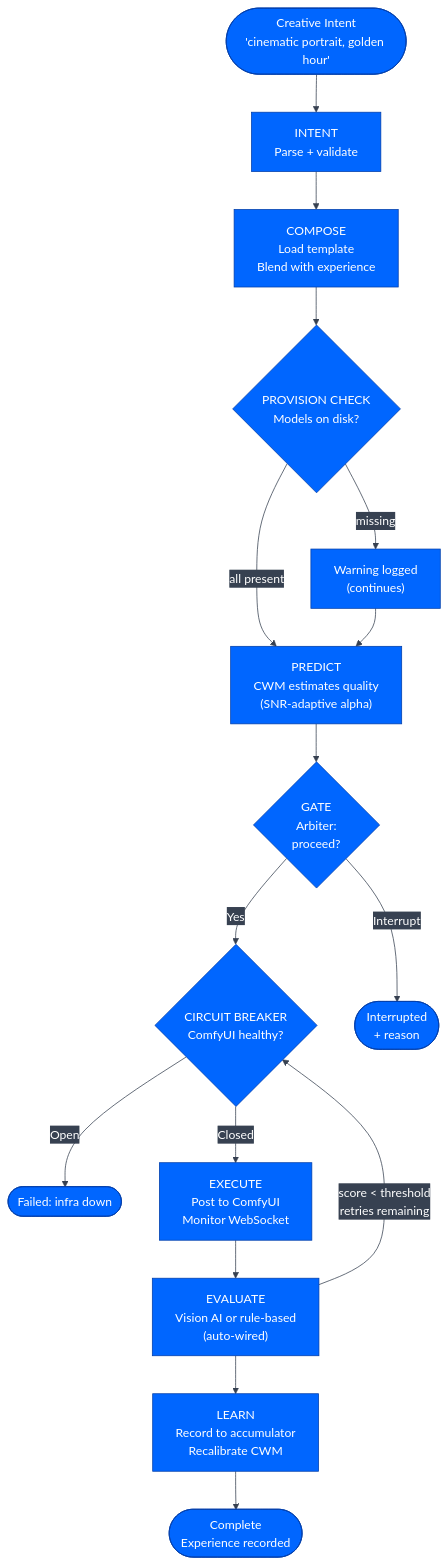
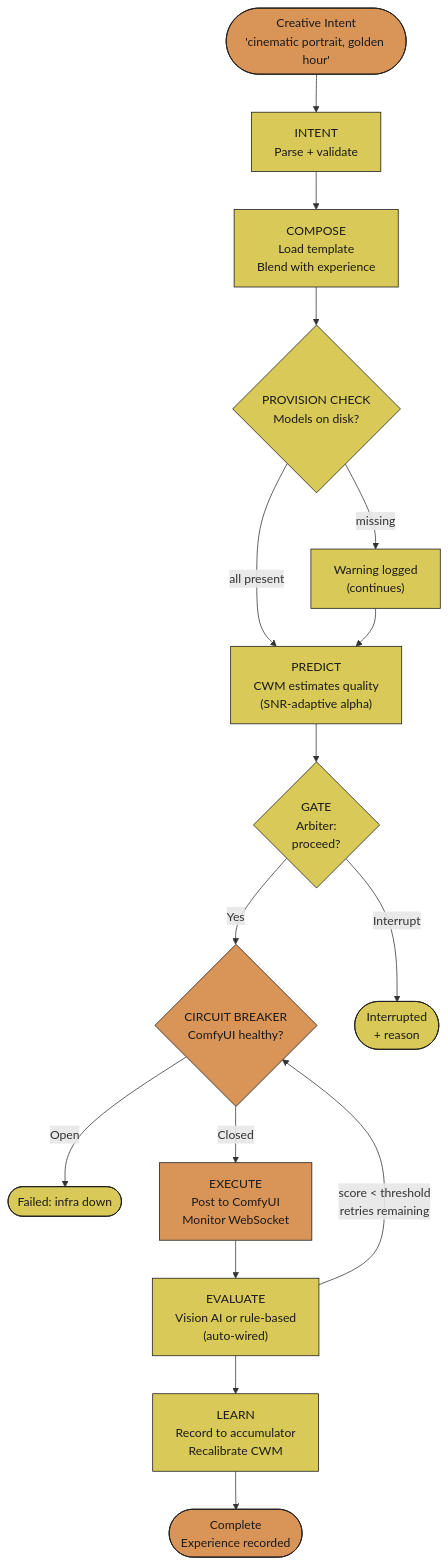
One commit to JosephOIbrahim/Comfy-Cozy changed the tenth of 27 diagrams in README.md. Above: the diagram before and after it, drawn with Mermaid. The commit also changed other lines of this file and 38 other files, not shown here.

````diff
--- a/README.md
+++ b/README.md
@@ -478,19 +584,23 @@
 ```mermaid
-%%{init: {'theme':'base','themeVariables': {'primaryColor':'#0066FF','primaryTextColor':'#ffffff','primaryBorderColor':'#003eaa','lineColor':'#374151','secondaryColor':'#374151','tertiaryColor':'#1f2937','fontFamily':'monospace'}}}%%
 flowchart TD
     You(["Creative Intent<br/>'cinematic portrait, golden hour'"]) --> INTENT["INTENT<br/>Parse + validate"]
     INTENT --> COMPOSE["COMPOSE<br/>Load template<br/>Blend with experience"]
     COMPOSE --> PROVISION{"PROVISION CHECK<br/>Models on disk?"}
     PROVISION -->|"missing"| WARN["Warning logged<br/>(continues)"]
     PROVISION -->|"all present"| PREDICT
     WARN --> PREDICT["PREDICT<br/>CWM estimates quality<br/>(SNR-adaptive alpha)"]
     PREDICT --> GATE{"GATE<br/>Arbiter:<br/>proceed?"}
     GATE -->|Yes| CB{"CIRCUIT BREAKER<br/>ComfyUI healthy?"}
     GATE -->|Interrupt| STOP(["Interrupted<br/>+ reason"])
     CB -->|Open| FAIL(["Failed: infra down"])
     CB -->|Closed| EXECUTE["EXECUTE<br/>Post to ComfyUI<br/>Monitor WebSocket"]
     EXECUTE --> EVALUATE["EVALUATE<br/>Vision AI or rule-based<br/>(auto-wired)"]
     EVALUATE --> LEARN["LEARN<br/>Record to accumulator<br/>Recalibrate CWM"]
     LEARN --> DONE(["Complete<br/>Experience recorded"])
     EVALUATE -->|"score < threshold<br/>retries remaining"| CB
+
+    classDef orange fill:#d99458,color:#1a1a1a,stroke:#1a1a1a
+    classDef yellow fill:#d9c958,color:#1a1a1a,stroke:#1a1a1a
+    class You,CB,EXECUTE,DONE orange
+    class GATE,EVALUATE,LEARN,STOP,FAIL,PROVISION,INTENT,COMPOSE,WARN,PREDICT yellow
 ```
````
